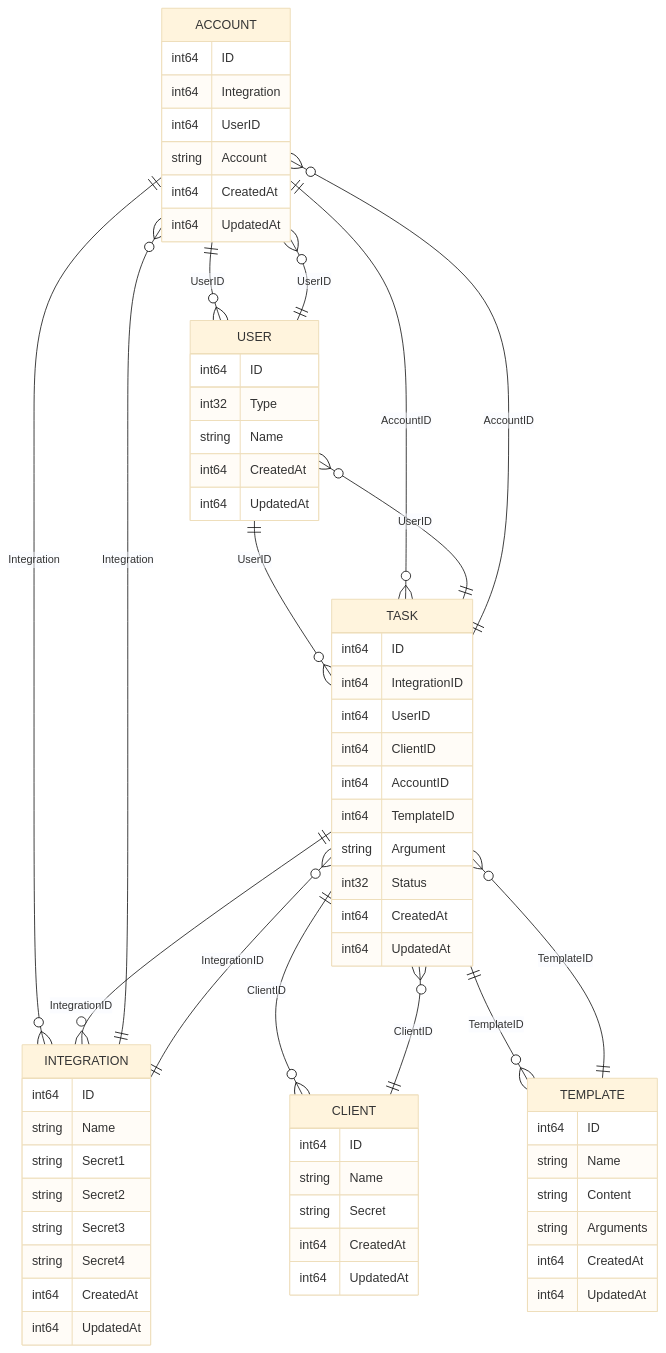
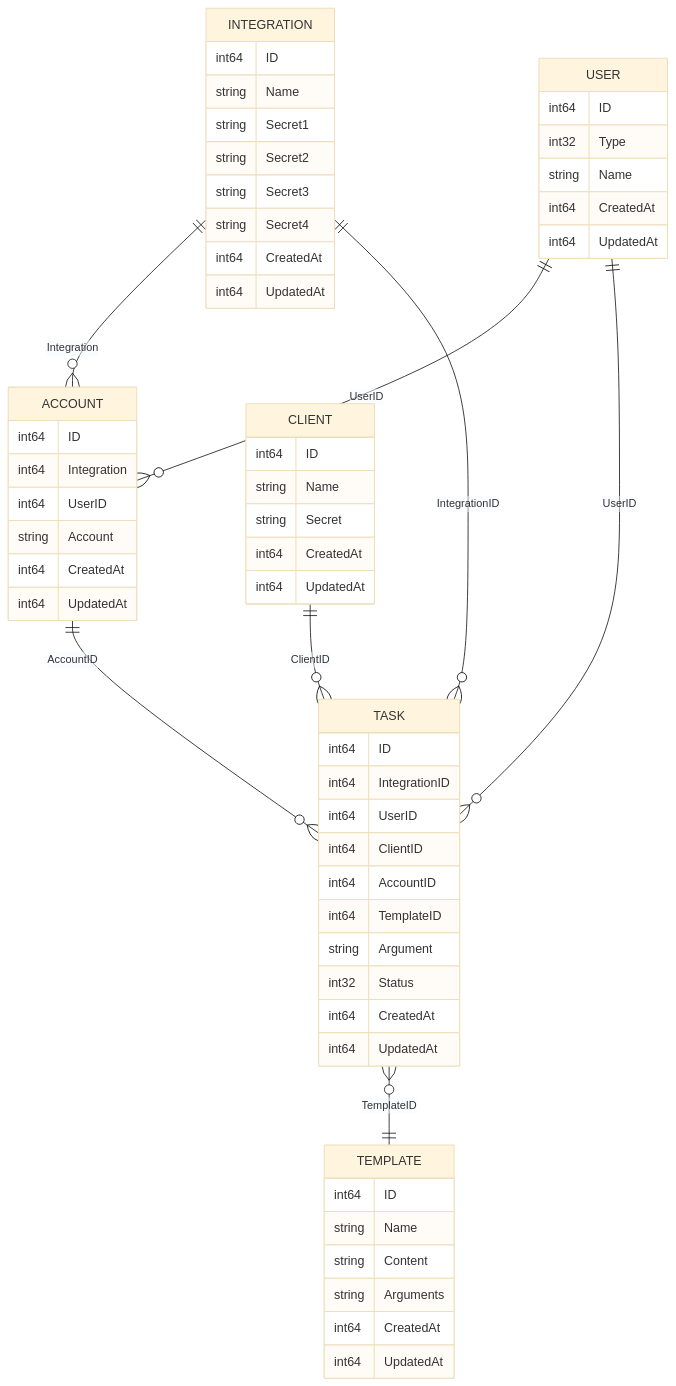
Before and after one commit to alioth-center/documents: the diagram in Writerside/topics/alioth/foreseen/databases/foreseen-database.md, drawn with Mermaid (base theme). The commit also changed 2 other files, not shown here.

Commit message:
refactor(api): 修改 foreseen API 中的字段名称和文档结构
- 将 foreseen-api-users.md 文件中的 account_id 字段名称修改为 account。
- 更新 foreseen.yaml 文件中相关路径的响应内容，添加 JSON schema 引用。
- 修改 components 中的 schema 定义，将 account_id 字段名称统一为 account。
- 调整 foreseen-database.md 文件中的数据库关系图，修正 TASK 和 TEMPLATE 之间的关系。

这些更改提高了 API 的一致性和文档的清晰度。

````diff
--- a/Writerside/topics/alioth/foreseen/databases/foreseen-database.md
+++ b/Writerside/topics/alioth/foreseen/databases/foreseen-database.md
@@ -18,71 +18,63 @@
 ```mermaid
 erDiagram
     ACCOUNT {
         int64 ID
         int64 Integration
         int64 UserID
         string Account
         int64 CreatedAt
         int64 UpdatedAt
     }
     CLIENT {
         int64 ID
         string Name
         string Secret
         int64 CreatedAt
         int64 UpdatedAt
     }
     INTEGRATION {
         int64 ID
         string Name
         string Secret1
         string Secret2
         string Secret3
         string Secret4
         int64 CreatedAt
         int64 UpdatedAt
     }
     TASK {
         int64 ID
         int64 IntegrationID
         int64 UserID
         int64 ClientID
         int64 AccountID
         int64 TemplateID
         string Argument
         int32 Status
         int64 CreatedAt
         int64 UpdatedAt
     }
     TEMPLATE {
         int64 ID
         string Name
         string Content
         string Arguments
         int64 CreatedAt
         int64 UpdatedAt
     }
     USER {
         int64 ID
         int32 Type
         string Name
         int64 CreatedAt
         int64 UpdatedAt
     }
 
-    ACCOUNT ||--o{ USER : "UserID"
-    ACCOUNT ||--o{ INTEGRATION : "Integration"
-    TASK ||--o{ INTEGRATION : "IntegrationID"
-    TASK ||--o{ USER : "UserID"
-    TASK ||--o{ CLIENT : "ClientID"
-    TASK ||--o{ ACCOUNT : "AccountID"
-    TASK ||--o{ TEMPLATE : "TemplateID"
-
+    TASK }o--|| TEMPLATE : "TemplateID"
     USER ||--o{ ACCOUNT : "UserID"
     INTEGRATION ||--o{ ACCOUNT : "Integration"
     INTEGRATION ||--o{ TASK : "IntegrationID"
     USER ||--o{ TASK : "UserID"
     CLIENT ||--o{ TASK : "ClientID"
     ACCOUNT ||--o{ TASK : "AccountID"
-    TEMPLATE ||--o{ TASK : "TemplateID"
 ```
````
